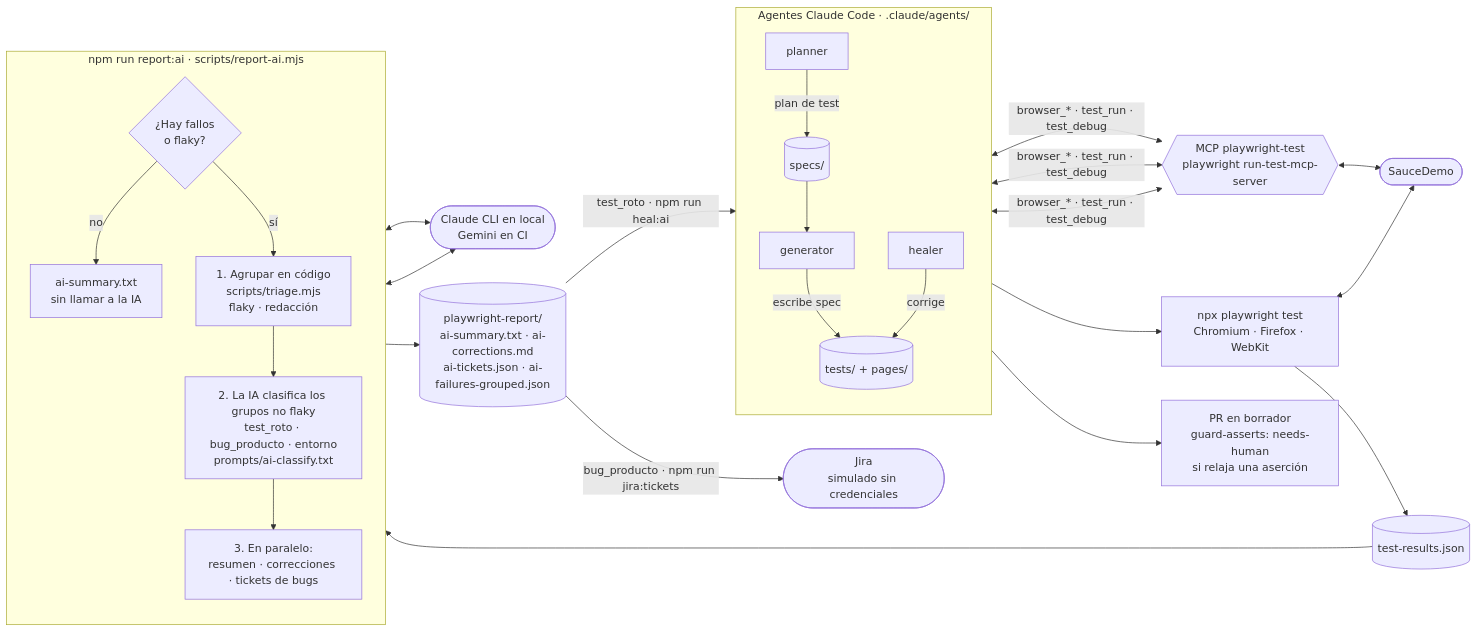
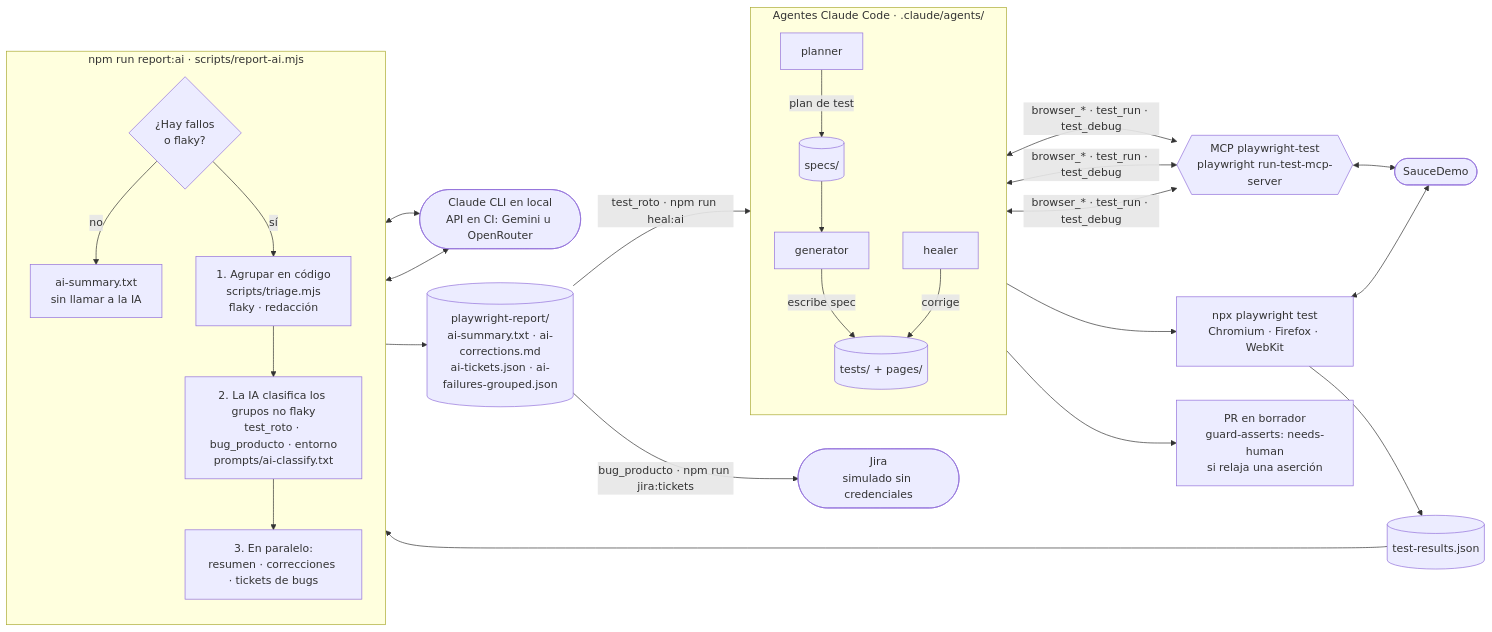
One commit to StoneFly365/playwright-demo-ia-mcp changed the first of 2 diagrams in README.md. Above: the diagram before and after it, drawn with Mermaid. The commit also changed other lines of this file and 7 other files, not shown here.

````diff
--- a/README.md
+++ b/README.md
@@ -69,36 +69,36 @@
 ```mermaid
 flowchart LR
     APP(["SauceDemo"])
 
     subgraph AGENTS ["Agentes Claude Code · .claude/agents/"]
         direction TB
         P["planner"] -->|"plan de test"| SP[("specs/")]
         SP --> G["generator"]
         G -->|"escribe spec"| T[("tests/ + pages/")]
         H["healer"] -->|"corrige"| T
     end
 
     MCP{{"MCP playwright-test<br/>playwright run-test-mcp-server"}}
     P & G & H <-->|"browser_* · test_run · test_debug"| MCP
     MCP <--> APP
 
     T --> RUN["npx playwright test<br/>Chromium · Firefox · WebKit"]
     RUN <--> APP
     RUN --> JSON[("test-results.json")]
 
     subgraph AI ["npm run report:ai · scripts/report-ai.mjs"]
         direction TB
         CHK{"¿Hay fallos<br/>o flaky?"} -->|"no"| OK["ai-summary.txt<br/>sin llamar a la IA"]
         CHK -->|"sí"| GR["1. Agrupar en código<br/>scripts/triage.mjs<br/>flaky · redacción"]
         GR --> CL["2. La IA clasifica los grupos no flaky<br/>test_roto · bug_producto · entorno<br/>prompts/ai-classify.txt"]
         CL --> PAR["3. En paralelo:<br/>resumen · correcciones · tickets de bugs"]
     end
 
     JSON --> CHK
-    LLM(["Claude CLI en local<br/>Gemini en CI"])
+    LLM(["Claude CLI en local<br/>API en CI: Gemini u OpenRouter"])
     CL & PAR <--> LLM
     PAR --> OUT[("playwright-report/<br/>ai-summary.txt · ai-corrections.md<br/>ai-tickets.json · ai-failures-grouped.json")]
     OUT -->|"test_roto · npm run heal:ai"| H
     H --> PR["PR en borrador<br/>guard-asserts: needs-human<br/>si relaja una aserción"]
     OUT -->|"bug_producto · npm run jira:tickets"| JIRA(["Jira<br/>simulado sin credenciales"])
 ```
````
